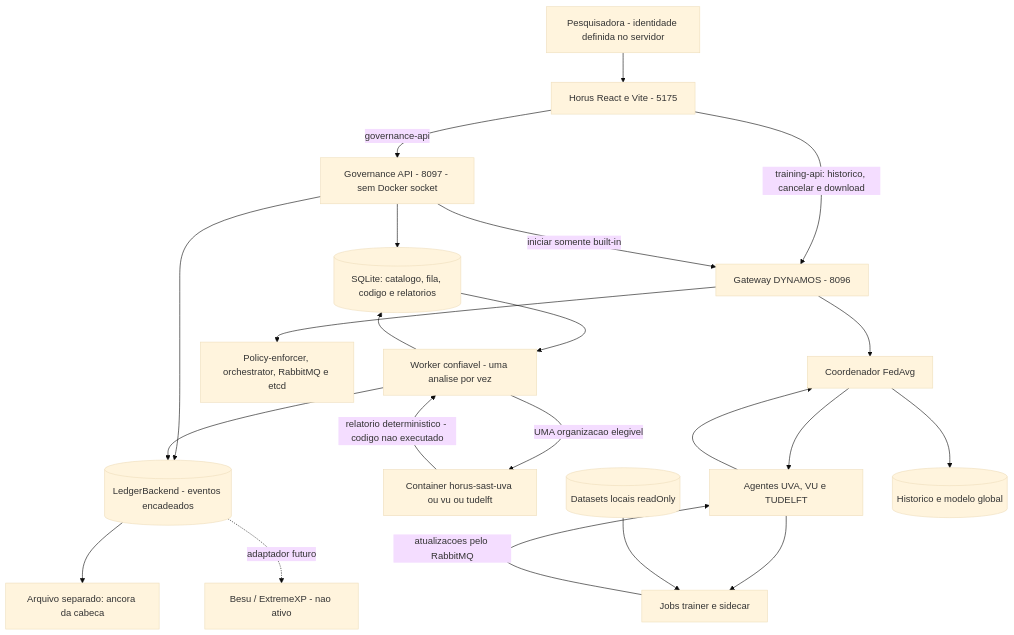
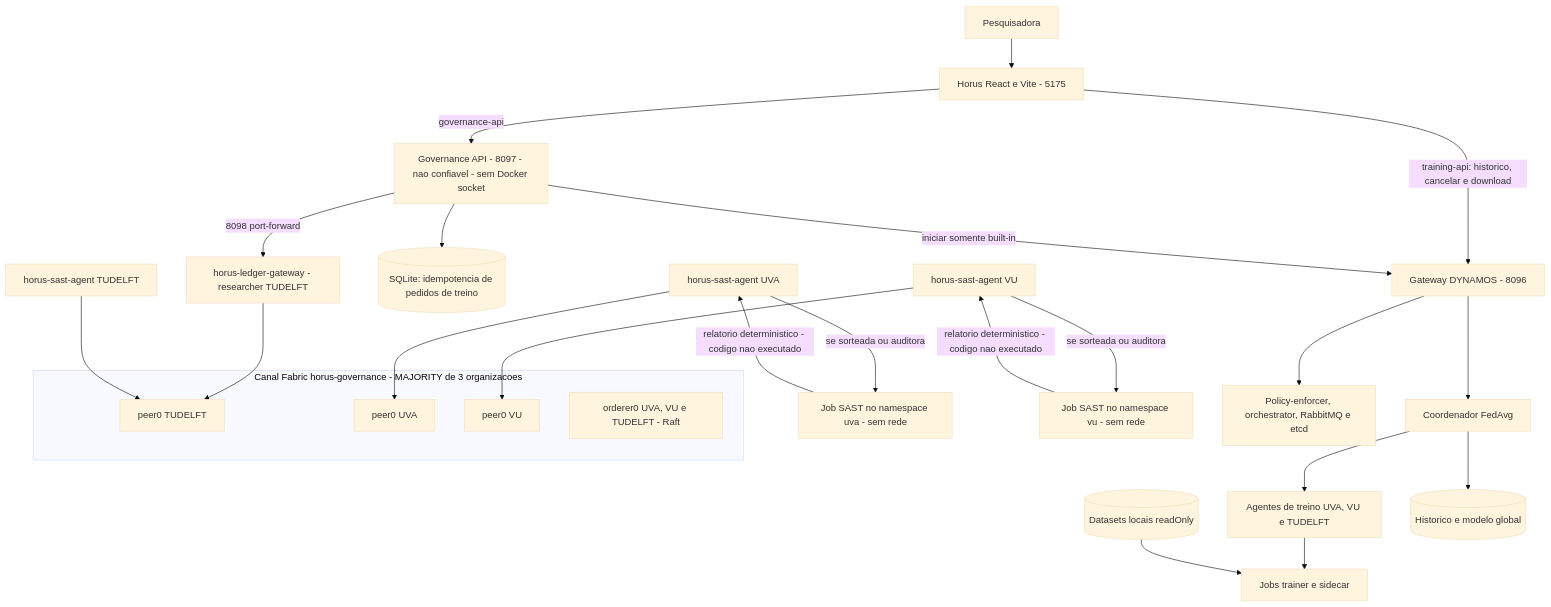
The diagram in docs/governanca-estrutura-e-testes.md (meiryleneavelino/ProjectMeiry), drawn with Mermaid (base theme) before and after one commit. The commit also changed other lines of this file and 163 other files, not shown here.

````diff
--- a/docs/governanca-estrutura-e-testes.md
+++ b/docs/governanca-estrutura-e-testes.md
@@ -13,24 +27,29 @@
 ```mermaid
 flowchart TB
-    Pessoa[Pesquisadora - identidade definida no servidor] --> UI[Horus React e Vite - 5175]
-    UI -->|governance-api| API[Governance API - 8097 - sem Docker socket]
+    Pessoa[Pesquisadora] --> UI[Horus React e Vite - 5175]
+    UI -->|governance-api| API[Governance API - 8097 - nao confiavel - sem Docker socket]
     UI -->|training-api: historico, cancelar e download| Gateway[Gateway DYNAMOS - 8096]
     API -->|iniciar somente built-in| Gateway
-    API --> Store[(SQLite: catalogo, fila, codigo e relatorios)]
-    API --> Ledger[(LedgerBackend - eventos encadeados)]
-    Ledger --> Ancora[Arquivo separado: ancora da cabeca]
-    Store --> Worker[Worker confiavel - uma analise por vez]
-    Worker -->|UMA organizacao elegivel| SAST[Container horus-sast-uva ou vu ou tudelft]
-    SAST -->|relatorio deterministico - codigo nao executado| Worker
-    Worker --> Store
-    Worker --> Ledger
+    API -->|8098 port-forward| LGW[horus-ledger-gateway - researcher TUDELFT]
+    API --> Store[(SQLite: idempotencia de pedidos de treino)]
+    LGW --> PT[peer0 TUDELFT]
+    subgraph Canal[Canal Fabric horus-governance - MAJORITY de 3 organizacoes]
+        PT
+        PU[peer0 UVA]
+        PV[peer0 VU]
+        Ord[orderer0 UVA, VU e TUDELFT - Raft]
+    end
+    AU[horus-sast-agent UVA] --> PU
+    AV[horus-sast-agent VU] --> PV
+    AT[horus-sast-agent TUDELFT] --> PT
+    AU -->|se sorteada ou auditora| JU[Job SAST no namespace uva - sem rede]
+    AV -->|se sorteada ou auditora| JV[Job SAST no namespace vu - sem rede]
+    JU -->|relatorio deterministico - codigo nao executado| AU
+    JV -->|relatorio deterministico - codigo nao executado| AV
     Gateway --> Controle[Policy-enforcer, orchestrator, RabbitMQ e etcd]
     Gateway --> Coord[Coordenador FedAvg]
-    Coord --> Agentes[Agentes UVA, VU e TUDELFT]
+    Coord --> Agentes[Agentes de treino UVA, VU e TUDELFT]
     Agentes --> Jobs[Jobs trainer e sidecar]
     Dados[(Datasets locais readOnly)] --> Jobs
-    Jobs -->|atualizacoes pelo RabbitMQ| Agentes
-    Agentes --> Coord
     Coord --> Modelo[(Historico e modelo global)]
-    Ledger -.->|adaptador futuro| Besu[Besu / ExtremeXP - nao ativo]
 ```
````
